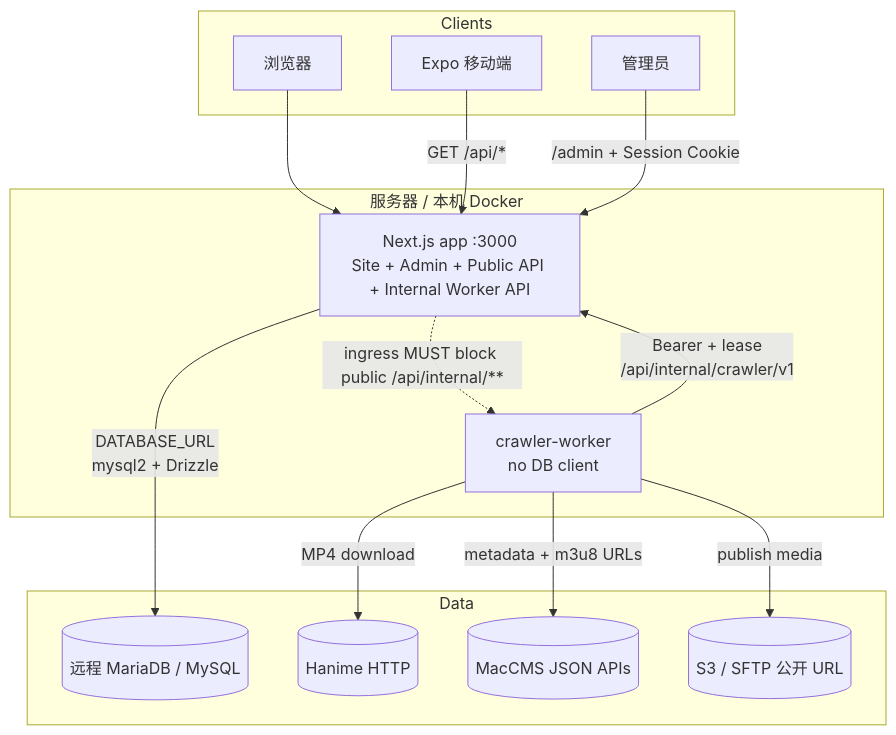
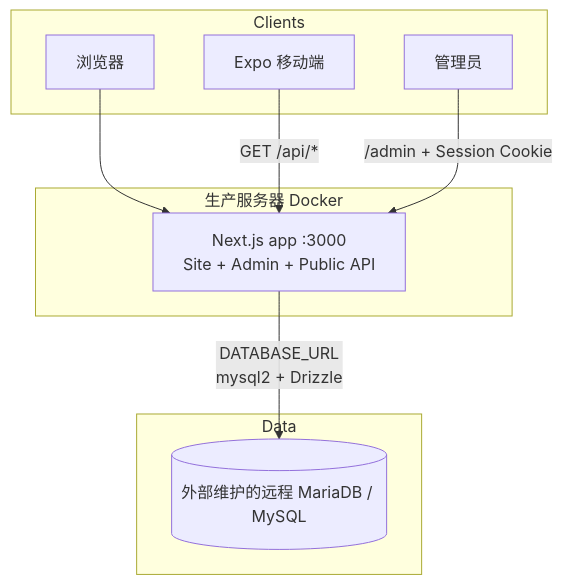
Before and after one commit to SakurajimMai/hentaiworkers: the first of 4 diagrams in docs/architecture.md, drawn with Mermaid. The commit also changed other lines of this file and 11 other files, not shown here.

````diff
--- a/docs/architecture.md
+++ b/docs/architecture.md
@@ -14,30 +14,21 @@
 ```mermaid
 flowchart TB
   subgraph Clients
     Browser[浏览器]
     Mobile[Expo 移动端]
     AdminUser[管理员]
   end
 
-  subgraph DockerHost["服务器 / 本机 Docker"]
-    App["Next.js app :3000<br/>Site + Admin + Public API + Internal Worker API"]
-    Worker["crawler-worker<br/>no DB client"]
+  subgraph DockerHost["生产服务器 Docker"]
+    App["Next.js app :3000<br/>Site + Admin + Public API"]
   end
 
   subgraph Data
-    MySQL[(远程 MariaDB / MySQL)]
-    Hanime[(Hanime HTTP)]
-    MacCMS[(MacCMS JSON APIs)]
-    ObjectStore[(S3 / SFTP 公开 URL)]
+    MySQL[(外部维护的远程 MariaDB / MySQL)]
   end
 
   Browser --> App
   Mobile -->|GET /api/*| App
   AdminUser -->|/admin + Session Cookie| App
   App -->|DATABASE_URL<br/>mysql2 + Drizzle| MySQL
-  Worker -->|Bearer + lease<br/>/api/internal/crawler/v1| App
-  Worker -->|MP4 download| Hanime
-  Worker -->|metadata + m3u8 URLs| MacCMS
-  Worker -->|publish media| ObjectStore
-  App -.->|ingress MUST block public /api/internal/**| Worker
 ```
````
